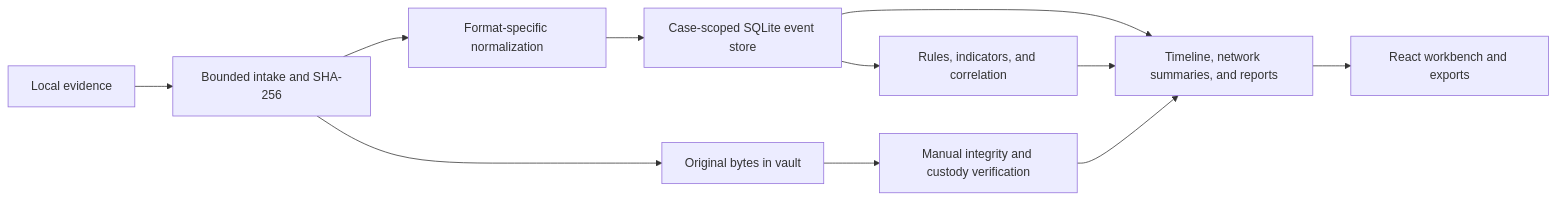
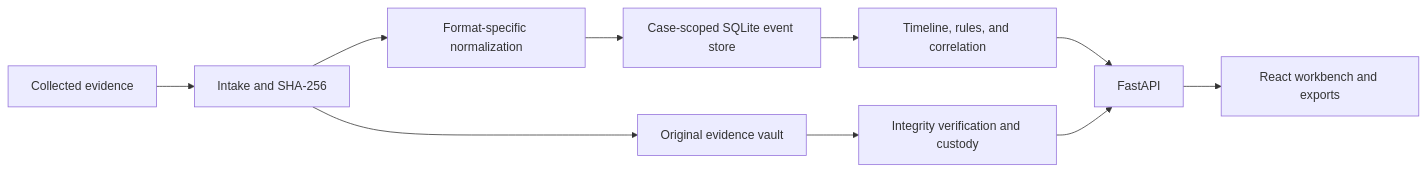
The diagram in README.md (Faizan-AiEngineer/threattrace-x), drawn with Mermaid before and after one commit. The commit also changed other lines of this file and 48 other files, not shown here.

````diff
--- a/README.md
+++ b/README.md
@@ -43,13 +83,12 @@
 ```mermaid
 flowchart LR
-    A[Local evidence] --> B[Bounded intake and SHA-256]
-    B --> C[Original bytes in vault]
-    B --> D[Format-specific normalization]
-    D --> E[Case-scoped SQLite event store]
-    E --> F[Rules, indicators, and correlation]
-    C --> G[Manual integrity and custody verification]
-    E --> H[Timeline, network summaries, and reports]
-    F --> H
-    G --> H
-    H --> I[React workbench and exports]
+    E[Collected evidence] --> V[Intake and SHA-256]
+    V --> B[Original evidence vault]
+    V --> P[Format-specific normalization]
+    P --> S[Case-scoped SQLite event store]
+    S --> C[Timeline, rules, and correlation]
+    B --> H[Integrity verification and custody]
+    C --> A[FastAPI]
+    H --> A
+    A --> W[React workbench and exports]
 ```
````
